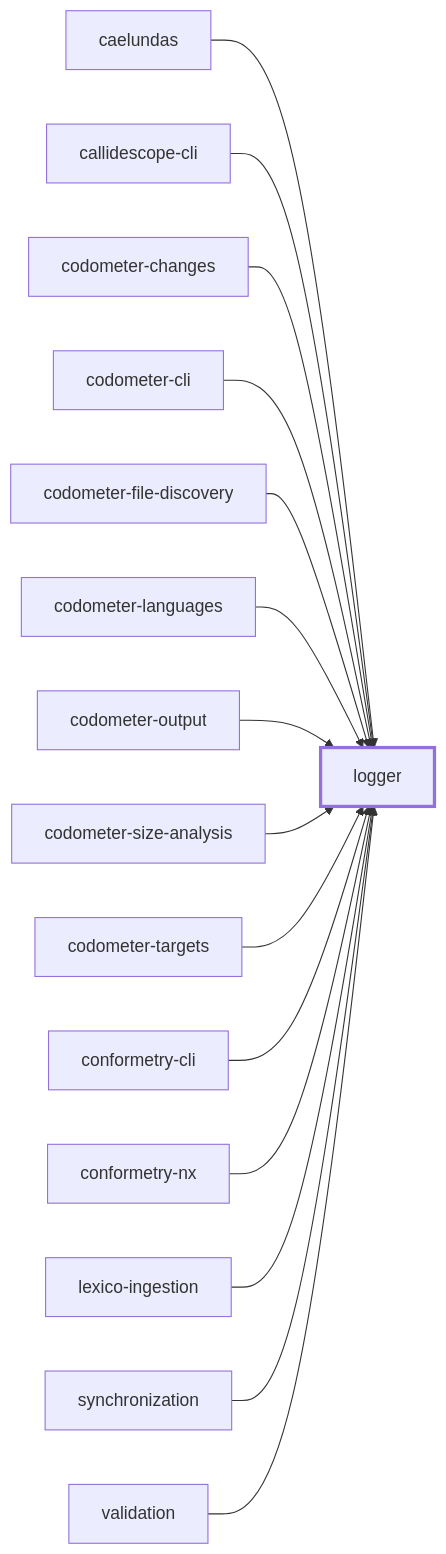
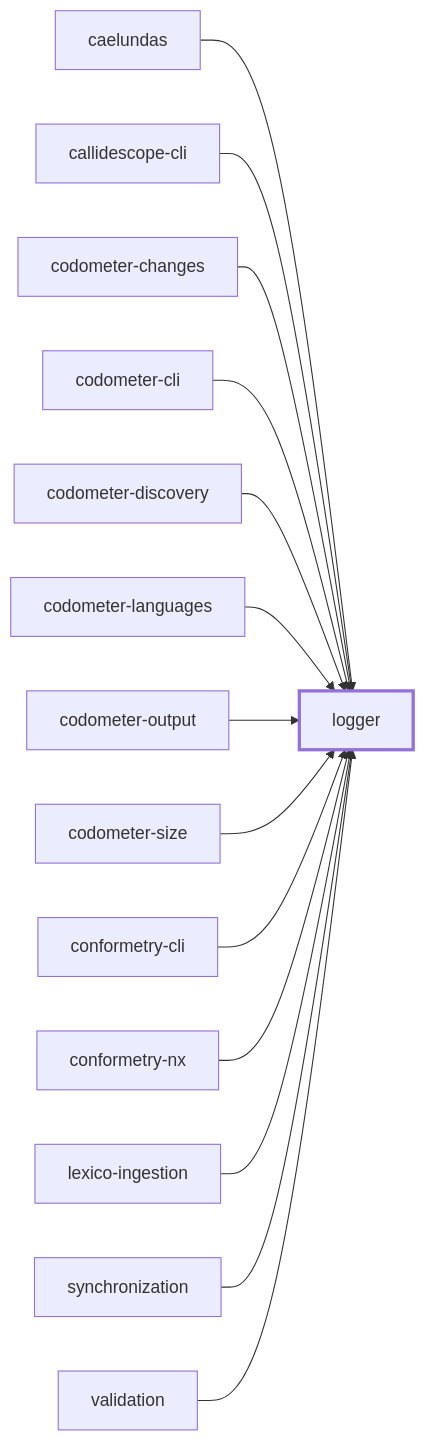
The first of 2 diagrams in packages/logger/README.md (JimmyPaolini/codebase), drawn with Mermaid before and after one commit. The commit also changed 154 other files, not shown here.

````diff
--- a/packages/logger/README.md
+++ b/packages/logger/README.md
@@ -77,34 +77,32 @@
 ```mermaid
 flowchart LR
   caelundas["caelundas"]
   callidescope_cli["callidescope-cli"]
   codometer_changes["codometer-changes"]
   codometer_cli["codometer-cli"]
-  codometer_file_discovery["codometer-file-discovery"]
+  codometer_discovery["codometer-discovery"]
   codometer_languages["codometer-languages"]
   codometer_output["codometer-output"]
-  codometer_size_analysis["codometer-size-analysis"]
-  codometer_targets["codometer-targets"]
+  codometer_size["codometer-size"]
   conformetry_cli["conformetry-cli"]
   conformetry_nx["conformetry-nx"]
   lexico_ingestion["lexico-ingestion"]
   logger["logger"]
   synchronization["synchronization"]
   validation["validation"]
   caelundas --> logger
   callidescope_cli --> logger
   codometer_changes --> logger
   codometer_cli --> logger
-  codometer_file_discovery --> logger
+  codometer_discovery --> logger
   codometer_languages --> logger
   codometer_output --> logger
-  codometer_size_analysis --> logger
-  codometer_targets --> logger
+  codometer_size --> logger
   conformetry_cli --> logger
   conformetry_nx --> logger
   lexico_ingestion --> logger
   synchronization --> logger
   validation --> logger
   classDef subject stroke-width:3px
   class logger subject
 ```
````
